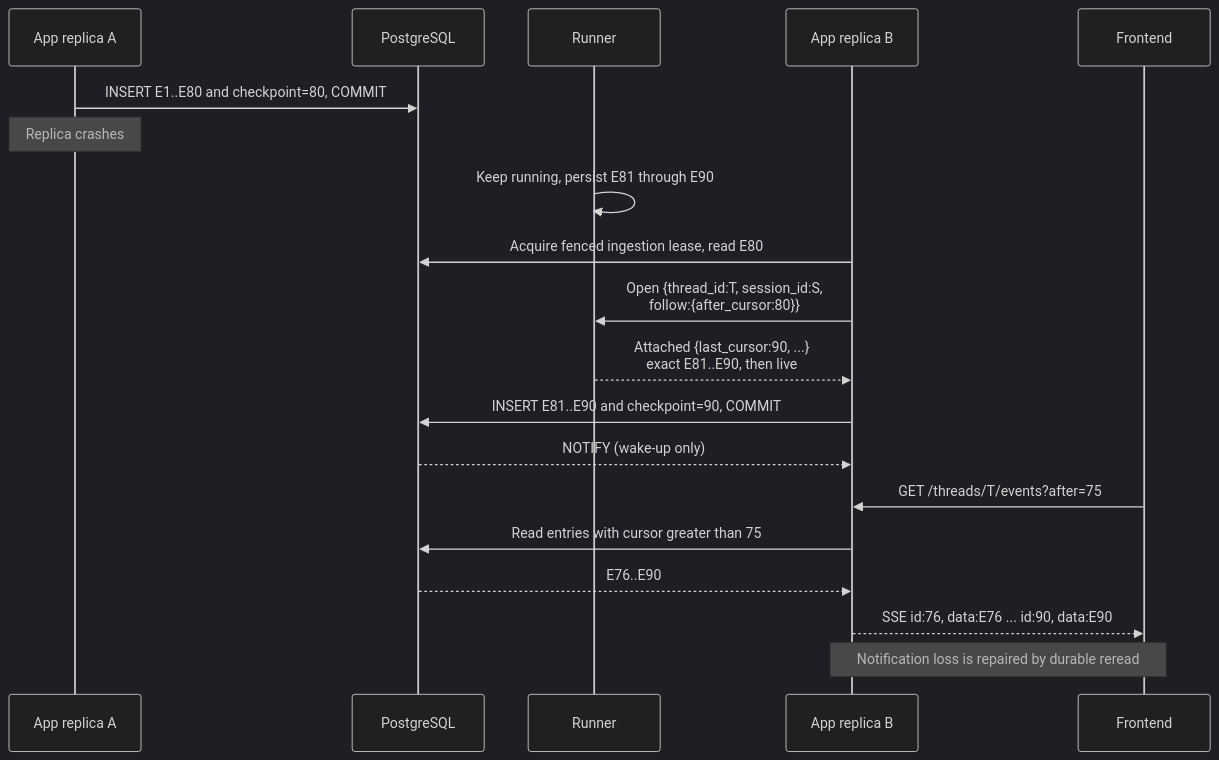
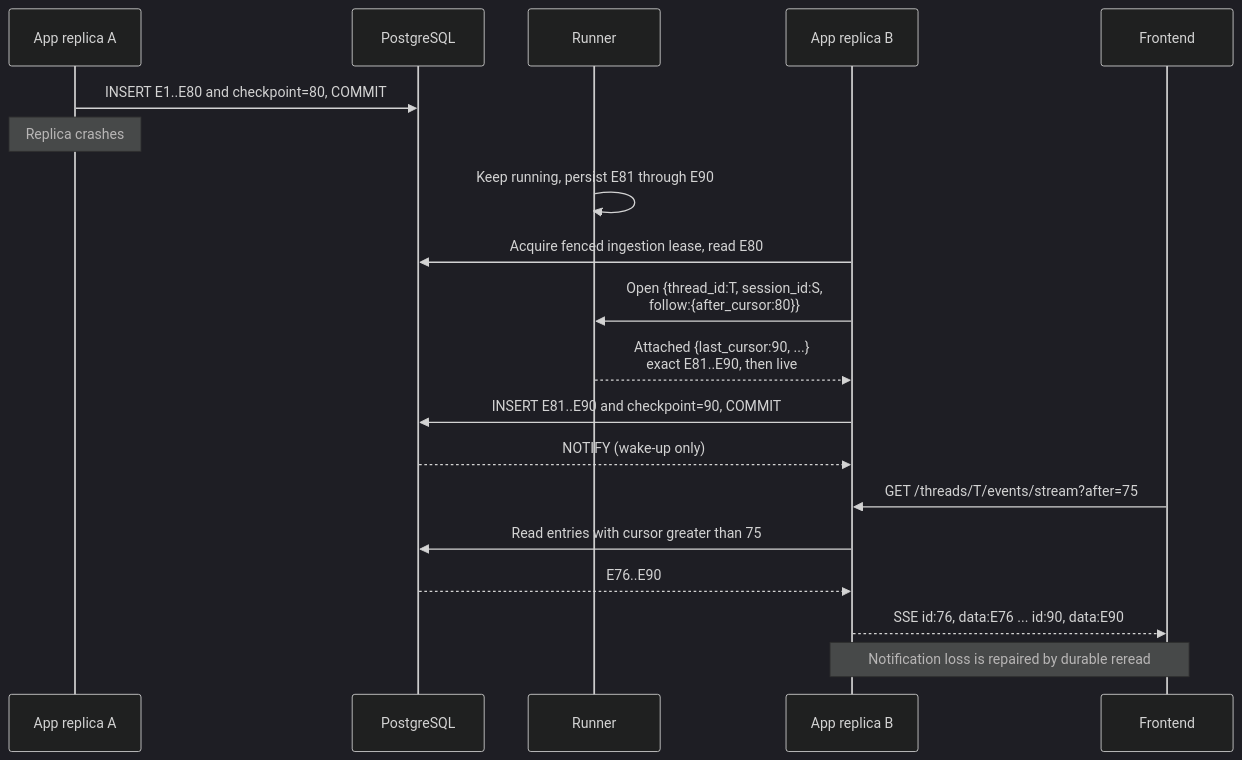
One commit to agentydragon/ducktape changed the fourth of 6 diagrams in x/agentplane/docs/thread_layering.md. Above: the diagram before and after it, drawn with Mermaid (dark theme). The commit also changed other lines of this file and 9 other files, not shown here.

````diff
--- a/x/agentplane/docs/thread_layering.md
+++ b/x/agentplane/docs/thread_layering.md
@@ -328,21 +328,21 @@
 ```mermaid
 sequenceDiagram
     participant A1 as App replica A
     participant DB as PostgreSQL
     participant R as Runner
     participant A2 as App replica B
     participant F as Frontend
     A1->>DB: INSERT E1..E80 and checkpoint=80, COMMIT
     Note over A1: Replica crashes
     R->>R: Keep running, persist E81 through E90
     A2->>DB: Acquire fenced ingestion lease, read E80
     A2->>R: Open {thread_id:T, session_id:S,<br/>follow:{after_cursor:80}}
     R-->>A2: Attached {last_cursor:90, ...}<br/>exact E81..E90, then live
     A2->>DB: INSERT E81..E90 and checkpoint=90, COMMIT
     DB-->>A2: NOTIFY (wake-up only)
-    F->>A2: GET /threads/T/events?after=75
+    F->>A2: GET /threads/T/events/stream?after=75
     A2->>DB: Read entries with cursor greater than 75
     DB-->>A2: E76..E90
     A2-->>F: SSE id:76, data:E76 ... id:90, data:E90
     Note over A2,F: Notification loss is repaired by durable reread
 ```
````
